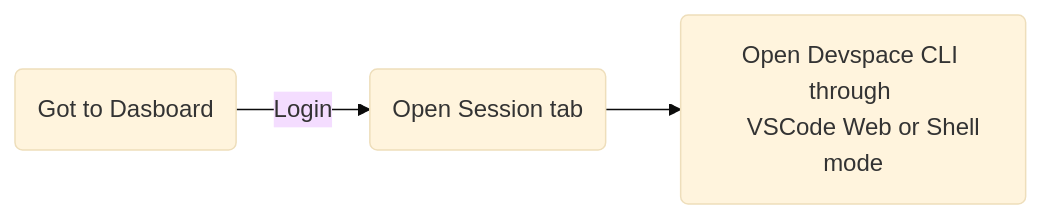
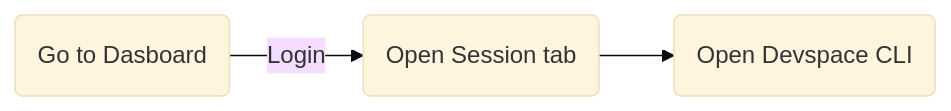
The first of 5 diagrams in getting-started/installing-crave.md (FOSSonTop/crave), drawn with Mermaid (base theme) before and after one commit. The commit also changed other lines of this file and 3 other files, not shown here.

Commit message:
Diagrams: Try to reword and shorten

````diff
--- a/getting-started/installing-crave.md
+++ b/getting-started/installing-crave.md
@@ -8,5 +8,4 @@
 ```mermaid
 flowchart LR
-    A(Got to Dasboard) --> |Login| C(Open Session tab) --> D(Open Devspace CLI through 
-    VSCode Web or Shell mode)
+    A(Go to Dasboard) --> |Login| C(Open Session tab) --> D(Open Devspace CLI)
 ```
````
